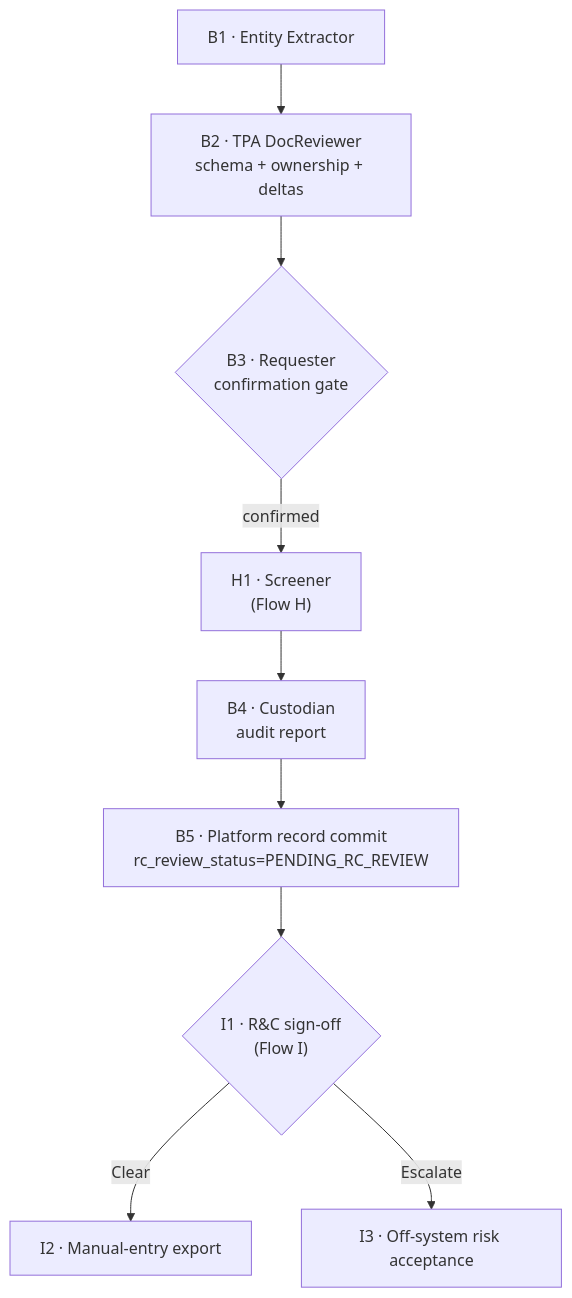
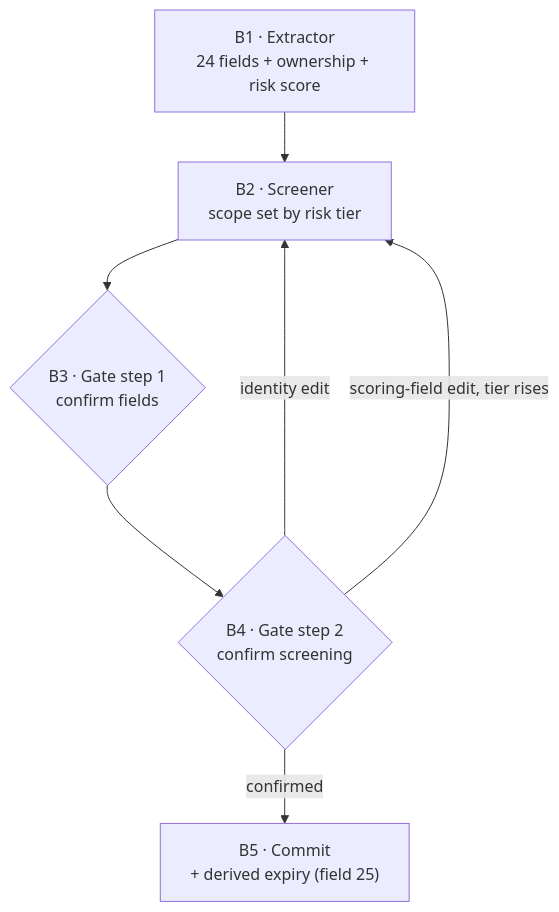
One commit to dayltan-sudo/risk-compliance changed the second of 6 diagrams in README.md. Above: the diagram before and after it, drawn with Mermaid. The commit also changed other lines of this file, not shown here.

First line of the commit message:
Update README Sentinel section for TPA v10

````diff
--- a/README.md
+++ b/README.md
@@ -61,11 +60,9 @@
   ```mermaid
   flowchart TD
-      B1["B1 · Entity Extractor"] --> B2["B2 · TPA DocReviewer<br/>schema + ownership + deltas"]
-      B2 --> B3{"B3 · Requester<br/>confirmation gate"}
-      B3 -->|confirmed| H1["H1 · Screener<br/>(Flow H)"]
-      H1 --> B4["B4 · Custodian<br/>audit report"]
-      B4 --> B5["B5 · Platform record commit<br/>rc_review_status=PENDING_RC_REVIEW"]
-      B5 --> I1{"I1 · R&C sign-off<br/>(Flow I)"}
-      I1 -->|Clear| I2["I2 · Manual-entry export"]
-      I1 -->|Escalate| I3["I3 · Off-system risk acceptance"]
+      B1["B1 · Extractor<br/>24 fields + ownership + risk score"] --> B2["B2 · Screener<br/>scope set by risk tier"]
+      B2 --> B3{"B3 · Gate step 1<br/>confirm fields"}
+      B3 --> B4{"B4 · Gate step 2<br/>confirm screening"}
+      B4 -->|identity edit| B2
+      B4 -->|scoring-field edit, tier rises| B2
+      B4 -->|confirmed| B5["B5 · Commit<br/>+ derived expiry (field 25)"]
   ```
````
